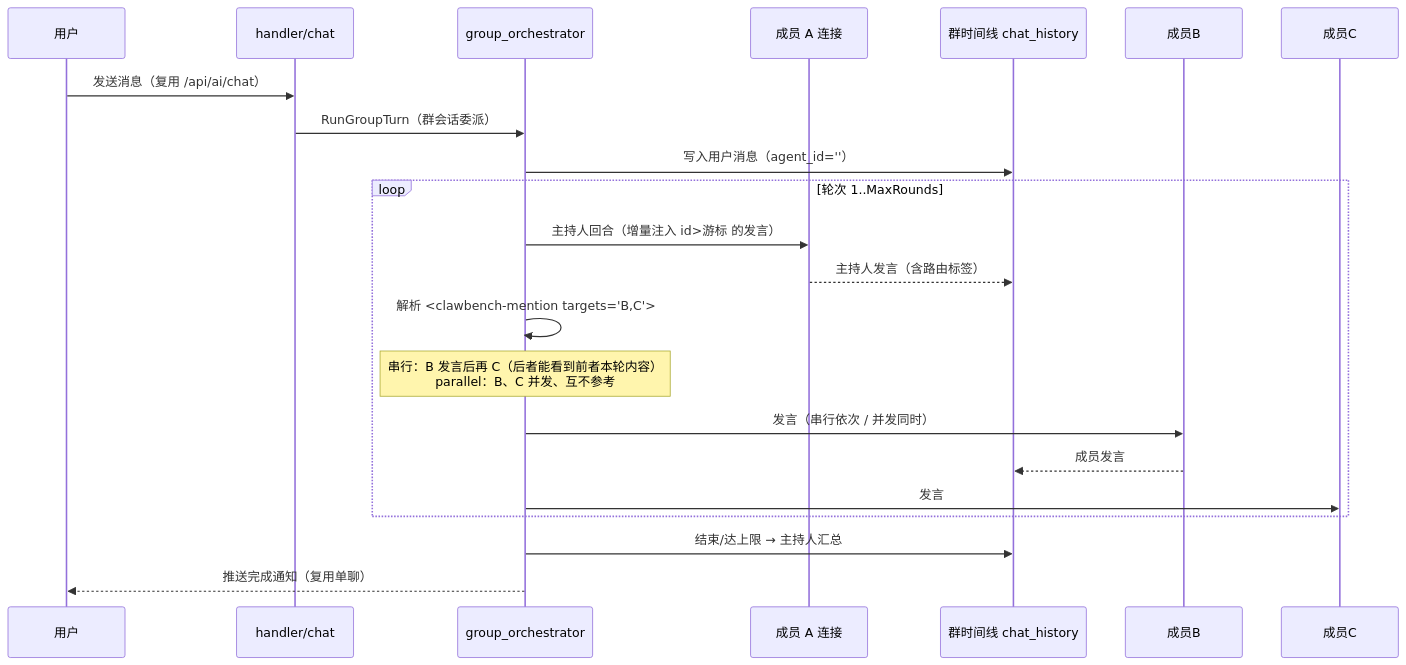
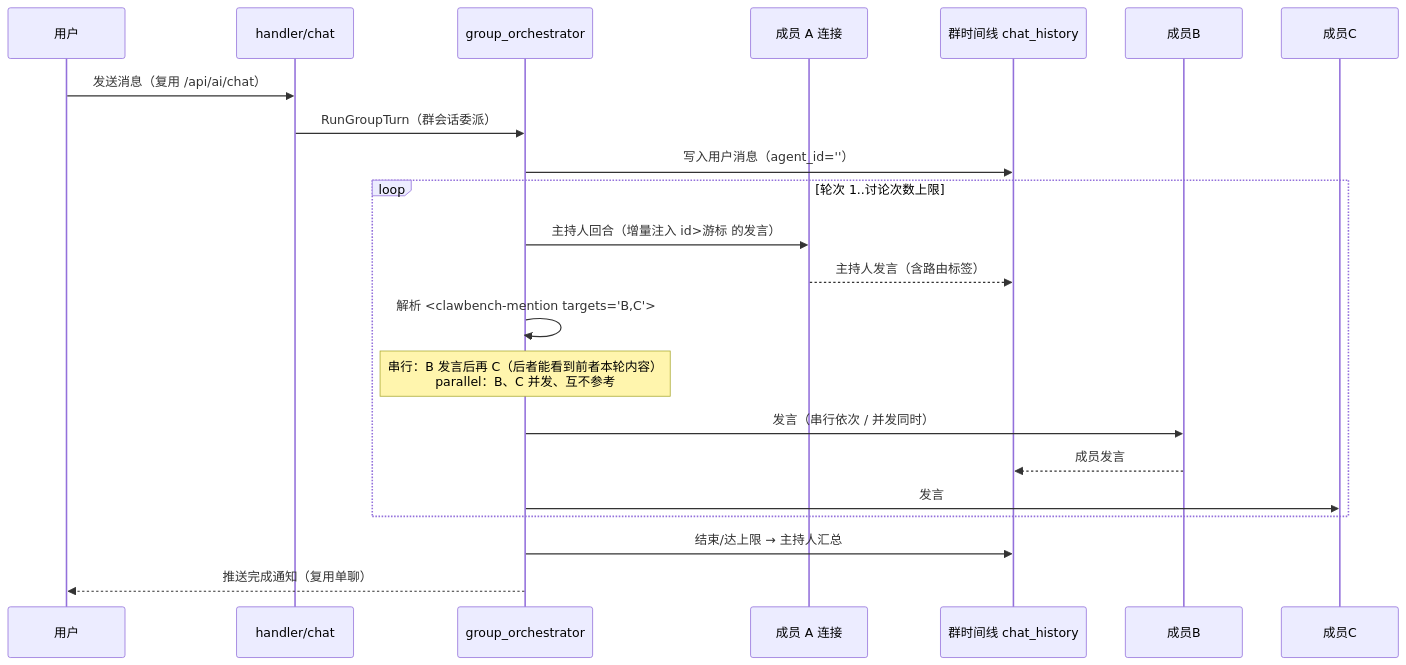
The first of 3 diagrams in docs/spec/features/group-chat.md (clawbench-dev/clawbench), drawn with Mermaid before and after one commit. The commit also changed other lines of this file and 40 other files, not shown here.

````diff
--- a/docs/spec/features/group-chat.md
+++ b/docs/spec/features/group-chat.md
@@ -16,23 +16,23 @@
 ```mermaid
 sequenceDiagram
     participant 用户
     participant handler as handler/chat
     participant 编排器 as group_orchestrator
     participant 成员A as 成员 A 连接
     participant 时间线 as 群时间线 chat_history
 
     用户->>handler: 发送消息（复用 /api/ai/chat）
     handler->>编排器: RunGroupTurn（群会话委派）
     编排器->>时间线: 写入用户消息（agent_id=''）
-    loop 轮次 1..MaxRounds
+    loop 轮次 1..讨论次数上限
         编排器->>成员A: 主持人回合（增量注入 id>游标 的发言）
         成员A-->>时间线: 主持人发言（含路由标签）
         编排器->>编排器: 解析 <clawbench-mention targets="B,C">
         Note over 编排器: 串行：B 发言后再 C（后者能看到前者本轮内容）<br/>parallel：B、C 并发、互不参考
         编排器->>成员B: 发言（串行依次 / 并发同时）
         成员B-->>时间线: 成员发言
         编排器->>成员C: 发言
     end
     编排器->>时间线: 结束/达上限 → 主持人汇总
     编排器-->>用户: 推送完成通知（复用单聊）
 ```
````
